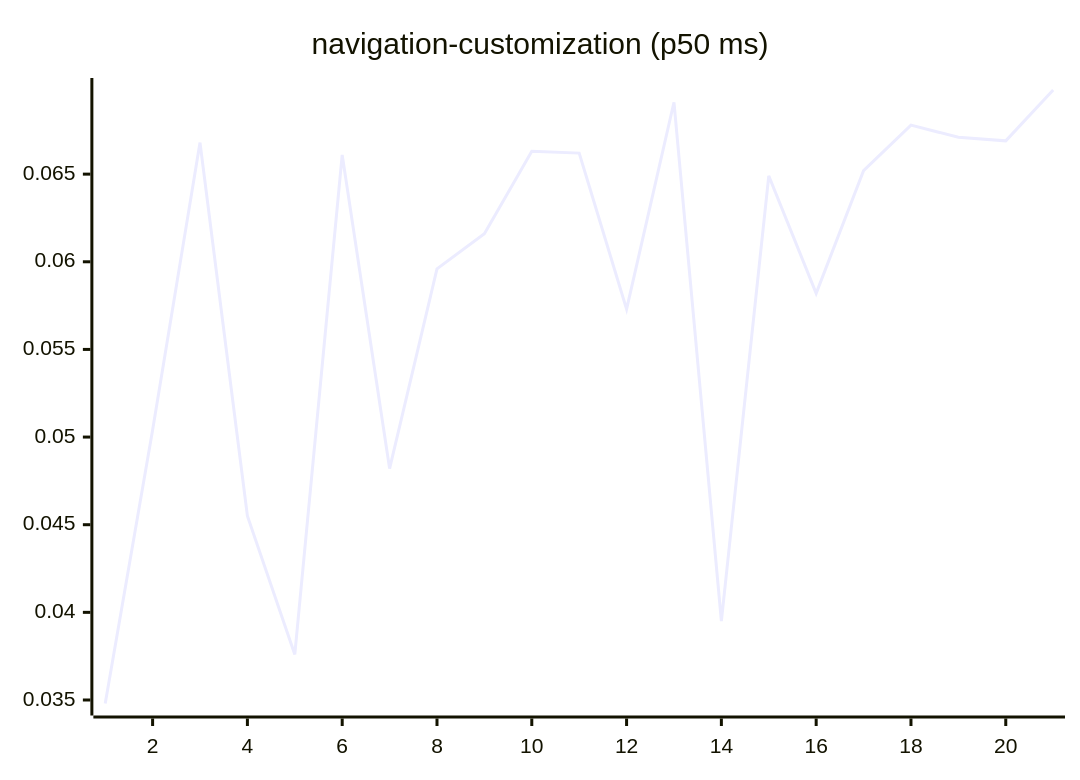
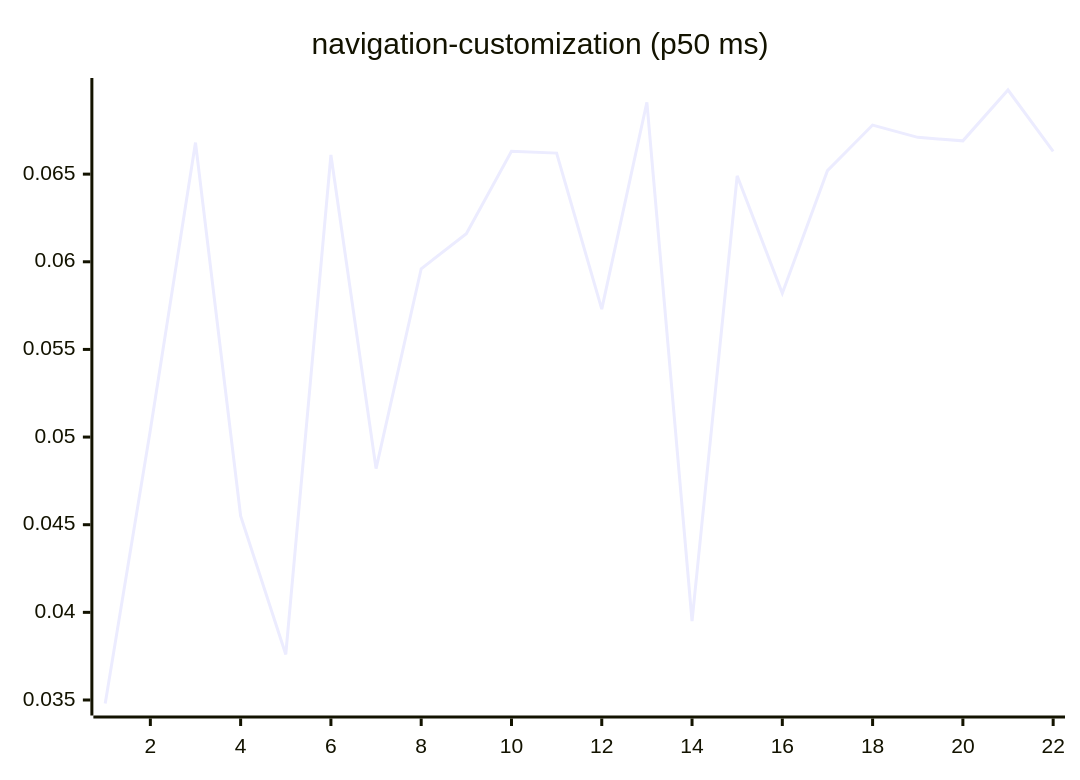
One commit to josha/Facet changed diagram 15 of 27 in README.md. Above: the diagram before and after it, drawn with Mermaid. The commit also changed other lines of this file and 2 other files, not shown here.

````diff
--- a/README.md
+++ b/README.md
@@ -161,6 +161,6 @@
 ```mermaid
 xychart-beta
     title "navigation-customization (p50 ms)"
-    x-axis 1 --> 21
-    line [0.0348, 0.0504, 0.0668, 0.0455, 0.0376, 0.0661, 0.0482, 0.0596, 0.0616, 0.0663, 0.0662, 0.0573, 0.0691, 0.0395, 0.0649, 0.0582, 0.0652, 0.0678, 0.0671, 0.0669, 0.0698]
+    x-axis 1 --> 22
+    line [0.0348, 0.0504, 0.0668, 0.0455, 0.0376, 0.0661, 0.0482, 0.0596, 0.0616, 0.0663, 0.0662, 0.0573, 0.0691, 0.0395, 0.0649, 0.0582, 0.0652, 0.0678, 0.0671, 0.0669, 0.0698, 0.0663]
 ```
````
